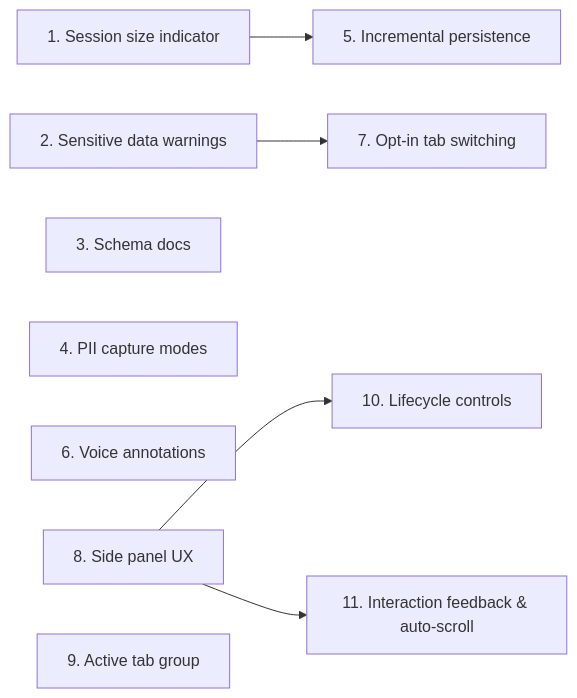
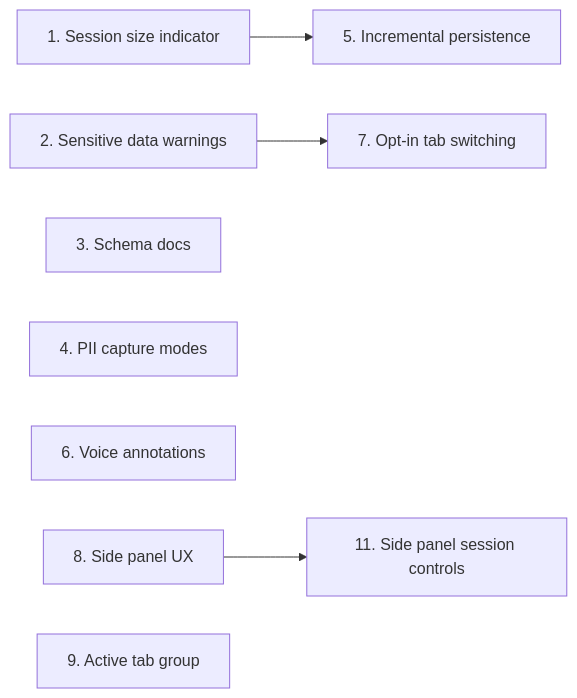
Before and after one commit to thehogfather/deskcheck: the diagram in docs/roadmap.md, drawn with Mermaid. The commit also changed other lines of this file, not shown here.

First line of the commit message:
docs(roadmap): merge feature #10 into #11 as unified side panel session controls

````diff
--- a/docs/roadmap.md
+++ b/docs/roadmap.md
@@ -216,11 +232,10 @@
 ```mermaid
 graph LR
     1[1. Session size indicator] --> 5[5. Incremental persistence]
     2[2. Sensitive data warnings] --> 7[7. Opt-in tab switching]
     3[3. Schema docs]
     4[4. PII capture modes]
     6[6. Voice annotations]
-    8[8. Side panel UX] --> 10[10. Lifecycle controls]
-    8 --> 11[11. Interaction feedback & auto-scroll]
+    8[8. Side panel UX] --> 11[11. Side panel session controls]
     9[9. Active tab group]
 ```
````
